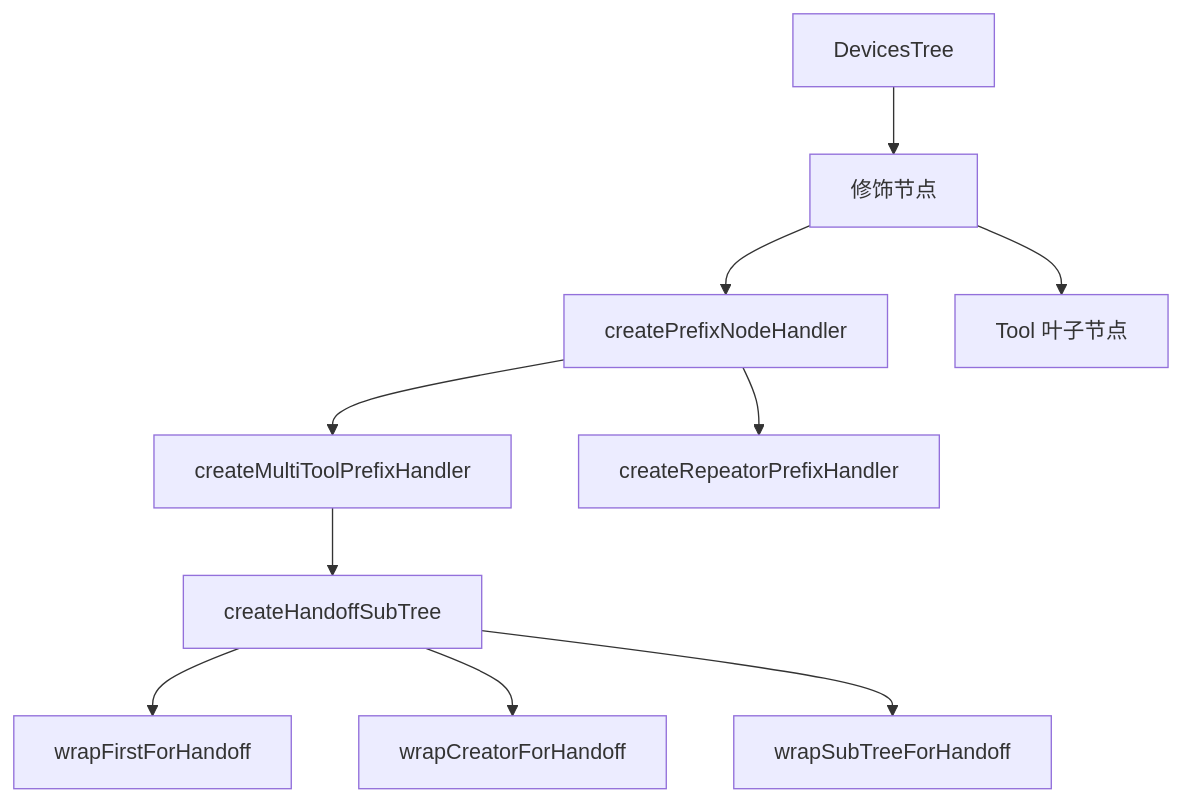
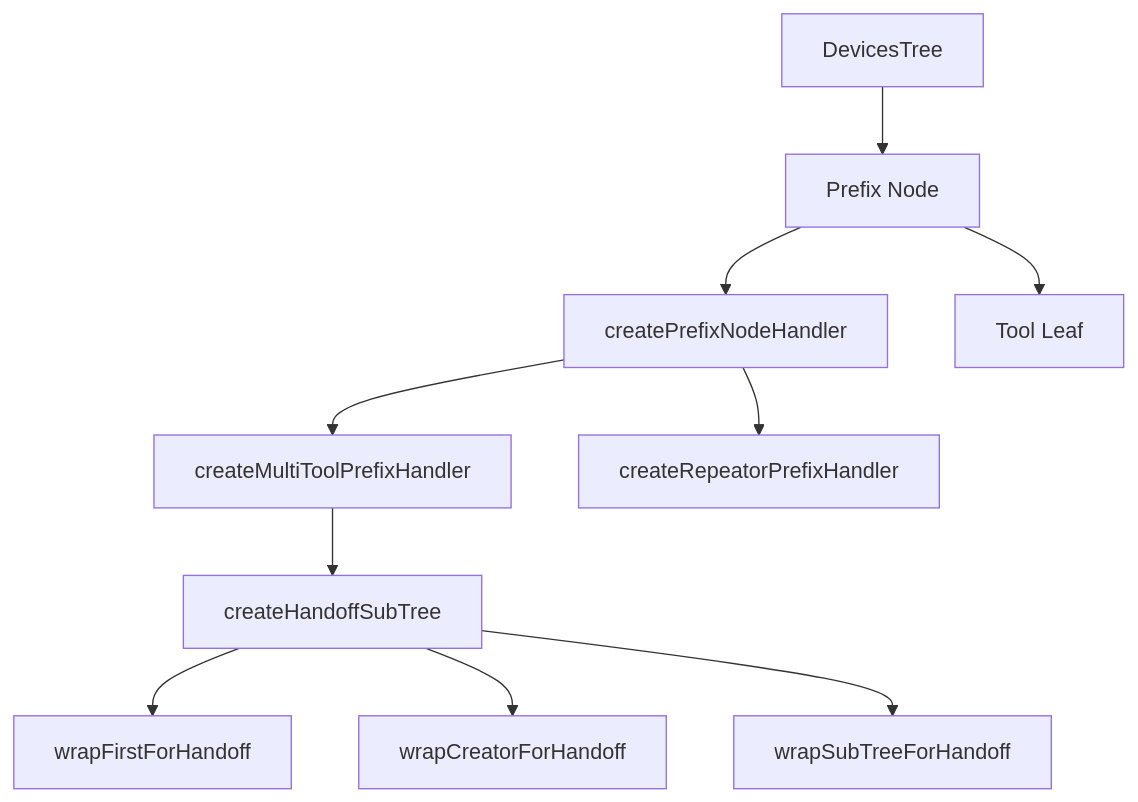
Before and after one commit to Frank-Steven/HoundWhiteboard: the first of 2 diagrams in src/core/prefixs/docs/prefix-document.md, drawn with Mermaid. The commit also changed other lines of this file and 40 other files, not shown here.

````diff
--- a/src/core/prefixs/docs/prefix-document.md
+++ b/src/core/prefixs/docs/prefix-document.md
@@ -48,12 +55,12 @@
 ```mermaid
 flowchart TD
-    DevicesTree[DevicesTree] --> Prefix[修饰节点]
-    Prefix --> Handler[createPrefixNodeHandler]
-    Handler --> MultiTool[createMultiToolPrefixHandler]
-    Handler --> Repeator[createRepeatorPrefixHandler]
-    MultiTool --> Handoff[createHandoffSubTree]
+    Tree[DevicesTree] --> Prefix[Prefix Node]
+    Prefix --> Base[createPrefixNodeHandler]
+    Base --> Multi[createMultiToolPrefixHandler]
+    Base --> Repeator[createRepeatorPrefixHandler]
+    Multi --> Handoff[createHandoffSubTree]
     Handoff --> WrapFirst[wrapFirstForHandoff]
     Handoff --> WrapCreator[wrapCreatorForHandoff]
     Handoff --> WrapSub[wrapSubTreeForHandoff]
-    Prefix --> Tool[Tool 叶子节点]
+    Prefix --> Tool[Tool Leaf]
 ```
````
